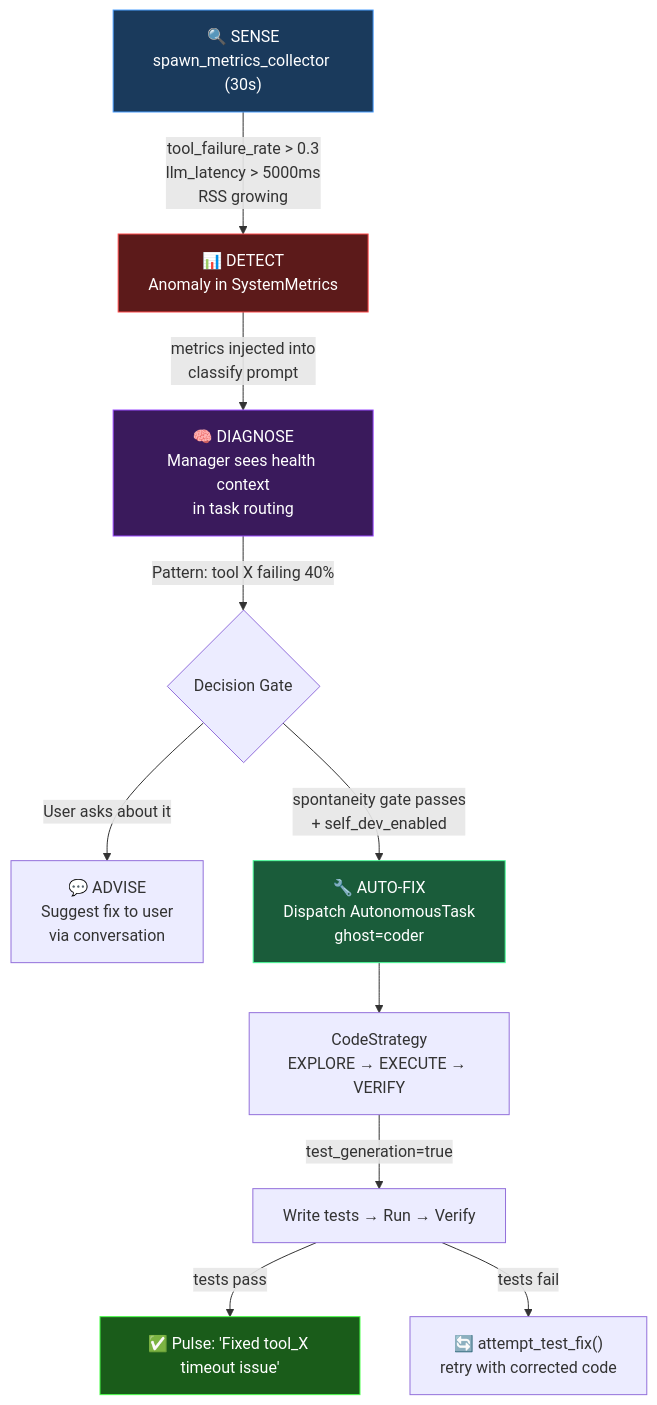
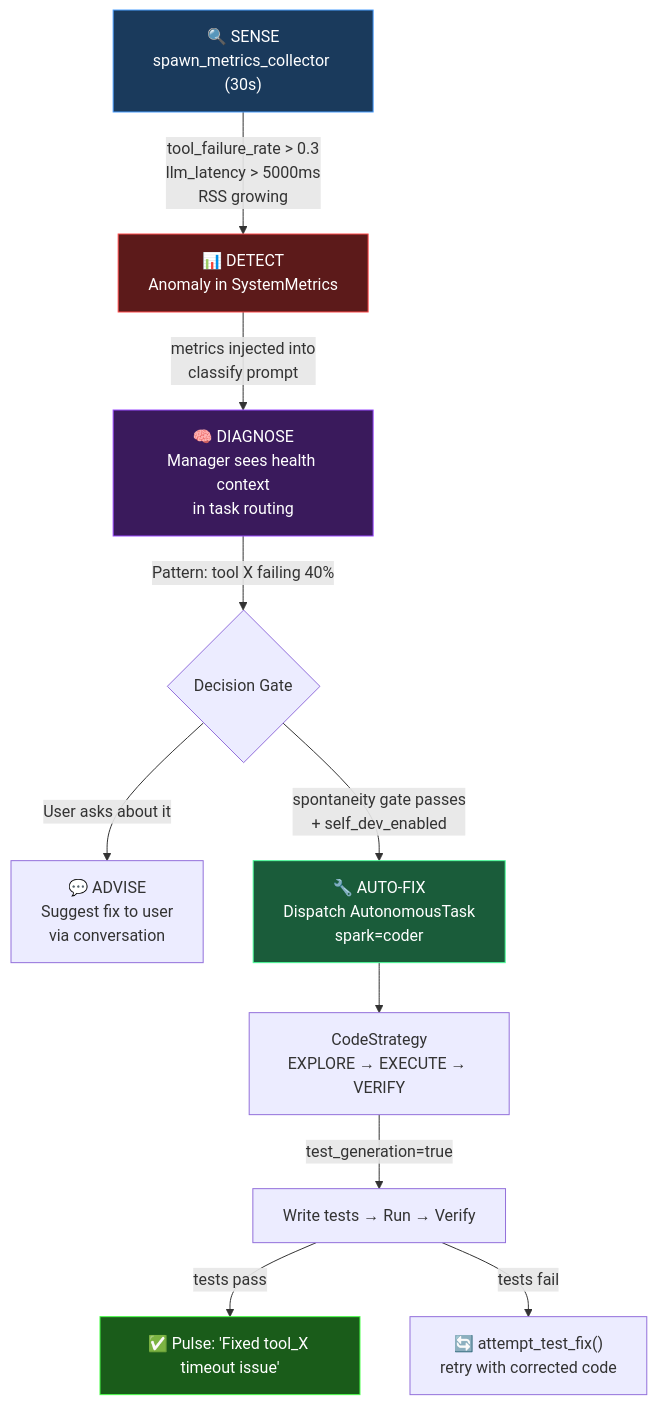
One commit to emberloom/sparks changed the fifth of 9 diagrams in docs/self-improvement-architecture.md. Above: the diagram before and after it, drawn with Mermaid. The commit also changed other lines of this file and 30 other files, not shown here.

````diff
--- a/docs/self-improvement-architecture.md
+++ b/docs/self-improvement-architecture.md
@@ -190,23 +190,23 @@
 ```mermaid
 flowchart TD
     A["🔍 SENSE<br/>spawn_metrics_collector (30s)"] -->|"tool_failure_rate > 0.3<br/>llm_latency > 5000ms<br/>RSS growing"| B["📊 DETECT<br/>Anomaly in SystemMetrics"]
 
     B -->|"metrics injected into<br/>classify prompt"| C["🧠 DIAGNOSE<br/>Manager sees health context<br/>in task routing"]
 
     C -->|"Pattern: tool X failing 40%"| D{"Decision Gate"}
 
     D -->|"User asks about it"| E1["💬 ADVISE<br/>Suggest fix to user<br/>via conversation"]
 
-    D -->|"spontaneity gate passes<br/>+ self_dev_enabled"| E2["🔧 AUTO-FIX<br/>Dispatch AutonomousTask<br/>ghost=coder"]
+    D -->|"spontaneity gate passes<br/>+ self_dev_enabled"| E2["🔧 AUTO-FIX<br/>Dispatch AutonomousTask<br/>spark=coder"]
 
     E2 --> F["CodeStrategy<br/>EXPLORE → EXECUTE → VERIFY"]
     F -->|"test_generation=true"| G["Write tests → Run → Verify"]
     G -->|"tests pass"| H["✅ Pulse: 'Fixed tool_X timeout issue'"]
     G -->|"tests fail"| I["🔄 attempt_test_fix()<br/>retry with corrected code"]
 
     style A fill:#1a3a5c,stroke:#4a9eff,color:#fff
     style B fill:#5c1a1a,stroke:#ff4a4a,color:#fff
     style C fill:#3a1a5c,stroke:#9a4aff,color:#fff
     style E2 fill:#1a5c3a,stroke:#4aff9a,color:#fff
     style H fill:#1a5c1a,stroke:#4aff4a,color:#fff
 ```
````
